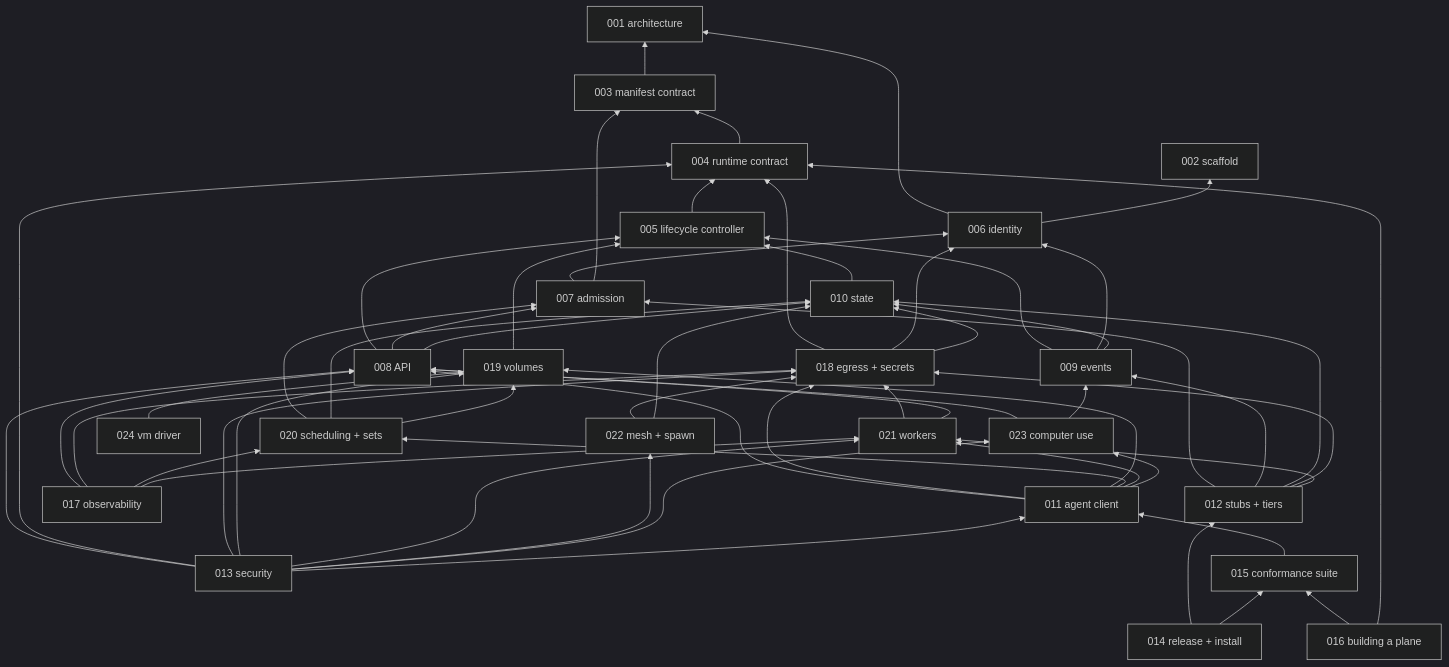
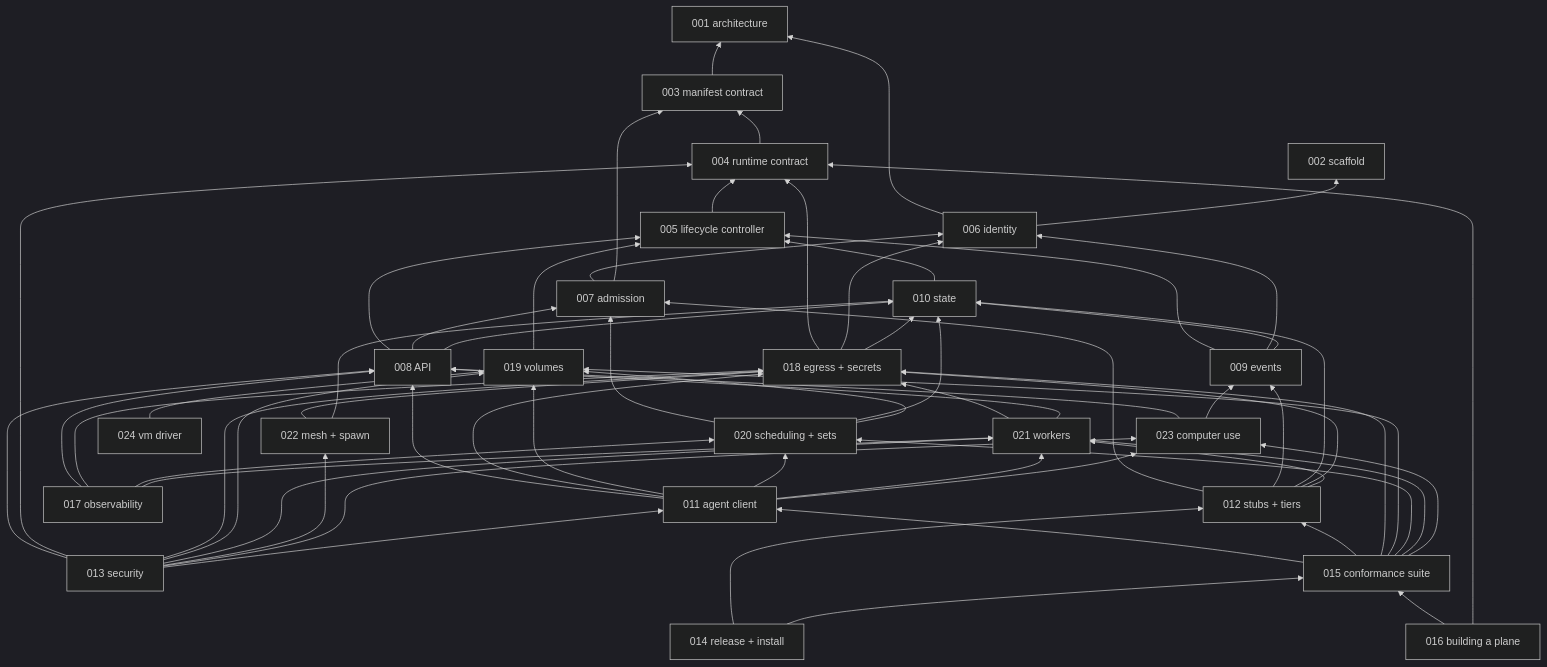
The second of 2 diagrams in specs/README.md (latere-ai/cella), drawn with Mermaid (dark theme) before and after one commit. The commit also changed other lines of this file and 4 other files, not shown here.

```diff
--- a/specs/README.md
+++ b/specs/README.md
@@ -141,6 +141,12 @@
   S014 --> S012
   S014 --> S015
   S015 --> S011
+  S015 --> S012
+  S015 --> S018
+  S015 --> S019
+  S015 --> S020
+  S015 --> S021
+  S015 --> S023
   S016 --> S015
   S016 --> S004
   S017 --> S008
```
